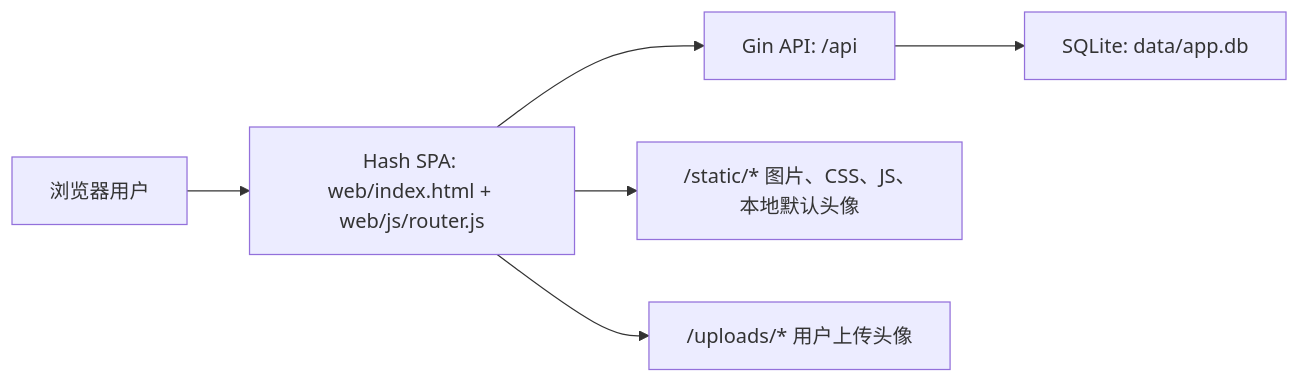
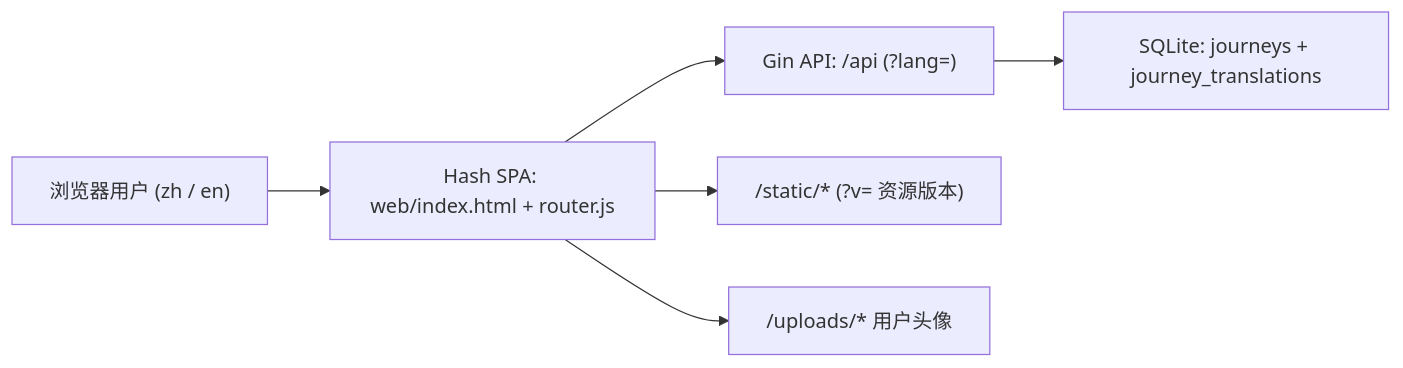
One commit to LibertychaserUS/100-journeys changed the first of 4 diagrams in docs/ui-components/DDD-spec.md. Above: the diagram before and after it, drawn with Mermaid. The commit also changed other lines of this file and 143 other files, not shown here.

````diff
--- a/docs/ui-components/DDD-spec.md
+++ b/docs/ui-components/DDD-spec.md
@@ -25,8 +62,8 @@
 ```mermaid
 flowchart LR
-  User["浏览器用户"] --> SPA["Hash SPA: web/index.html + web/js/router.js"]
-  SPA --> API["Gin API: /api"]
-  API --> DB["SQLite: data/app.db"]
-  SPA --> Static["/static/* 图片、CSS、JS、本地默认头像"]
-  SPA --> Uploads["/uploads/* 用户上传头像"]
+  User["浏览器用户 (zh / en)"] --> SPA["Hash SPA: web/index.html + router.js"]
+  SPA --> API["Gin API: /api (?lang=)"]
+  API --> DB["SQLite: journeys + journey_translations"]
+  SPA --> Static["/static/* (?v= 资源版本)"]
+  SPA --> Uploads["/uploads/* 用户头像"]
 ```
````
